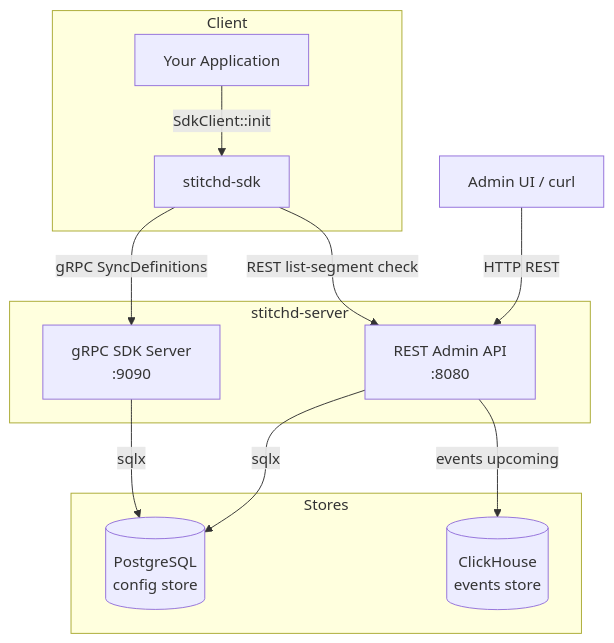
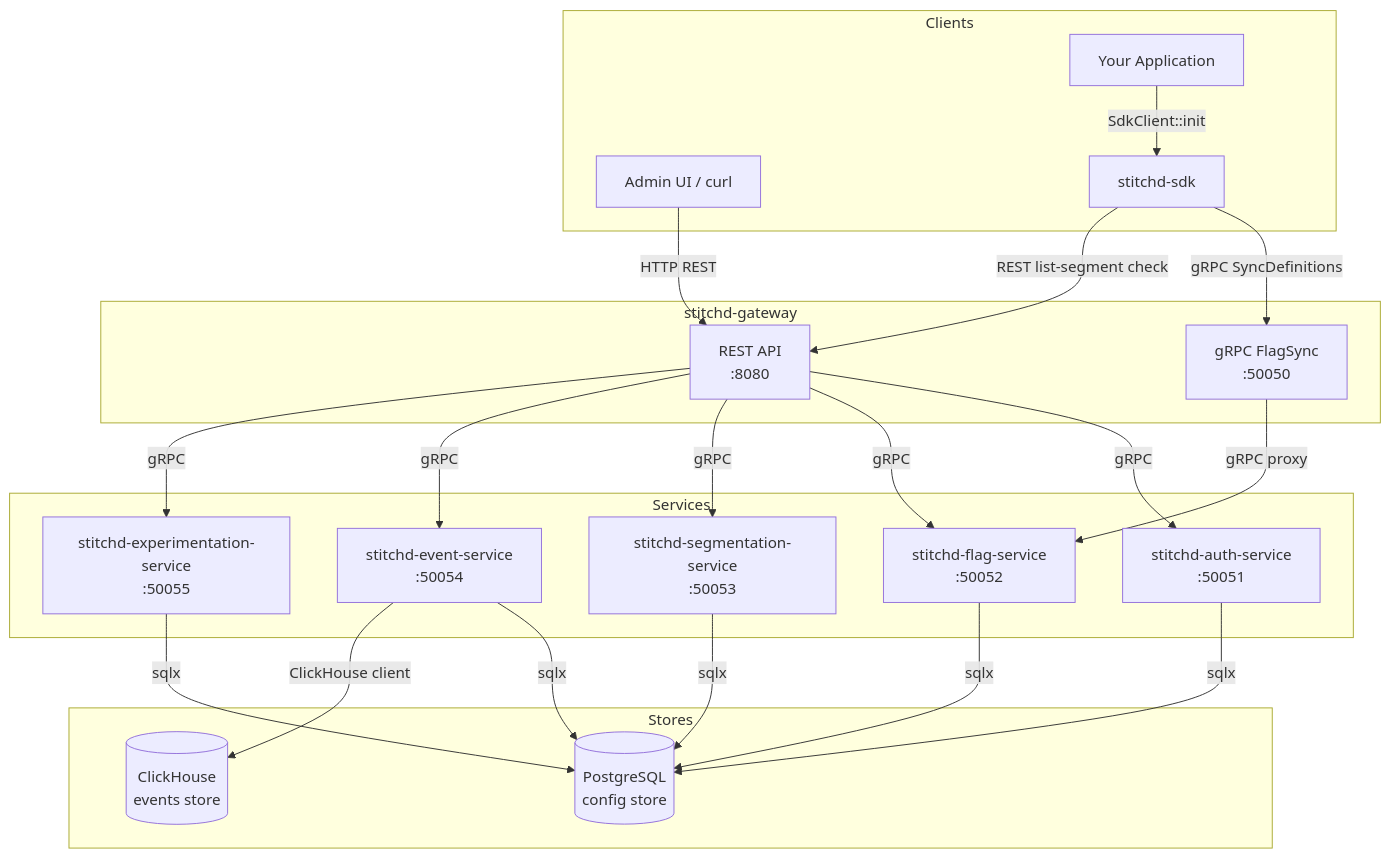
Before and after one commit to stitchd-dev/feature-flag: the diagram in docs/src/architecture/README.md, drawn with Mermaid. The commit also changed other lines of this file and 15 other files, not shown here.

First line of the commit message:
docs: align README and mdBook architecture with microservices layout

````diff
--- a/docs/src/architecture/README.md
+++ b/docs/src/architecture/README.md
@@ -8,25 +8,45 @@
 ```mermaid
 graph TB
-    subgraph Client
+    subgraph Clients
+        AdminUI[Admin UI / curl]
         App[Your Application]
         SDK[stitchd-sdk]
     end
 
-    subgraph Server["stitchd-server"]
-        REST[REST Admin API\n:8080]
-        GRPC[gRPC SDK Server\n:9090]
+    subgraph Gateway["stitchd-gateway"]
+        REST[REST API\n:8080]
+        GRPC_GW[gRPC FlagSync\n:50050]
+    end
+
+    subgraph Services
+        AS[stitchd-auth-service\n:50051]
+        FS[stitchd-flag-service\n:50052]
+        SS[stitchd-segmentation-service\n:50053]
+        ES[stitchd-event-service\n:50054]
+        XS[stitchd-experimentation-service\n:50055]
     end
 
     subgraph Stores
         PG[(PostgreSQL\nconfig store)]
         CH[(ClickHouse\nevents store)]
     end
 
-    AdminUI[Admin UI / curl] -->|HTTP REST| REST
+    AdminUI -->|HTTP REST| REST
     App -->|SdkClient::init| SDK
-    SDK -->|gRPC SyncDefinitions| GRPC
+    SDK -->|gRPC SyncDefinitions| GRPC_GW
     SDK -->|REST list-segment check| REST
-    REST -->|sqlx| PG
-    GRPC -->|sqlx| PG
-    REST -->|events upcoming| CH
+
+    REST -->|gRPC| AS
+    REST -->|gRPC| FS
+    REST -->|gRPC| SS
+    REST -->|gRPC| ES
+    REST -->|gRPC| XS
+    GRPC_GW -->|gRPC proxy| FS
+
+    AS -->|sqlx| PG
+    FS -->|sqlx| PG
+    SS -->|sqlx| PG
+    XS -->|sqlx| PG
+    ES -->|sqlx| PG
+    ES -->|ClickHouse client| CH
 ```
````
